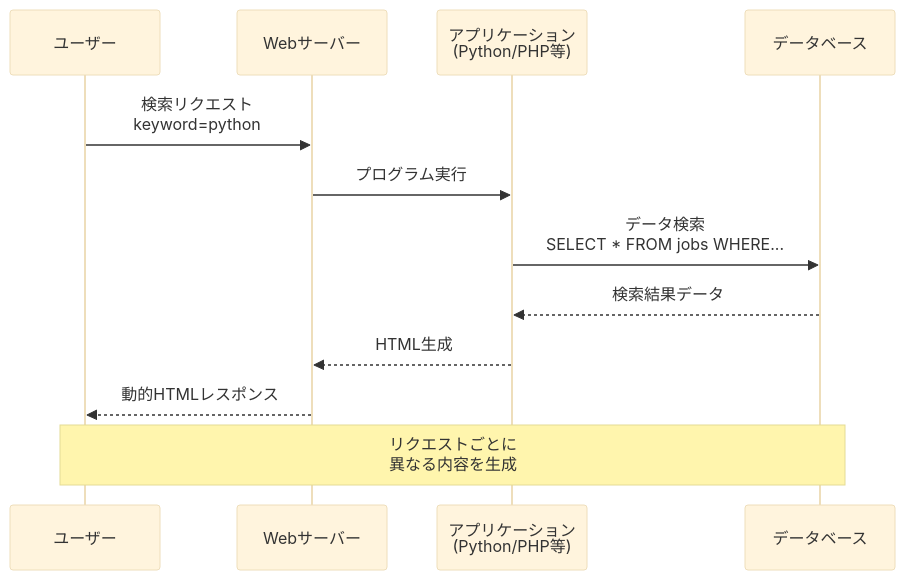
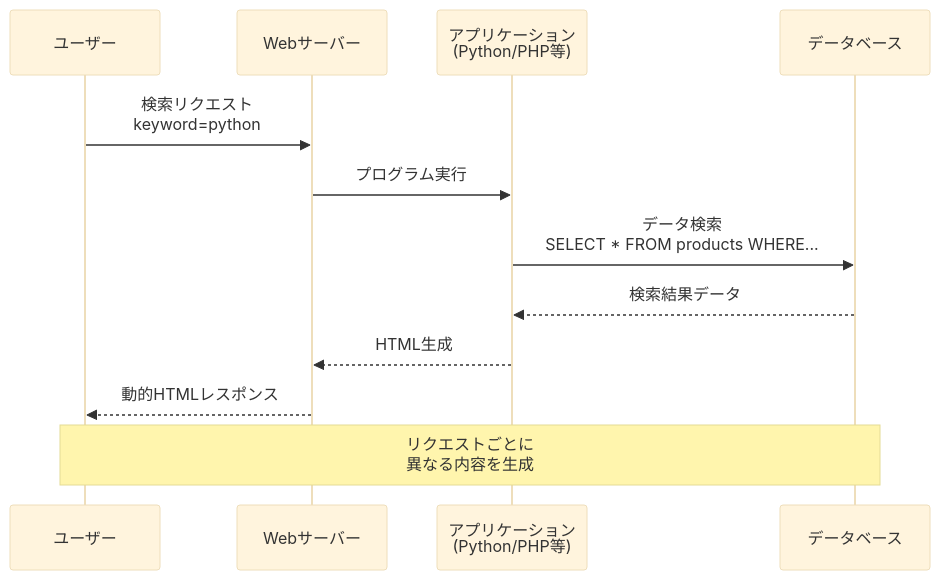
One commit to Monzi-takuya/web-fundamentals-for-non-engineers changed the second of 10 diagrams in docs/02_Web基礎理解/05_推奨_WebサイトとWebアプリケーション.md. Above: the diagram before and after it, drawn with Mermaid (base theme). The commit also changed other lines of this file and 4 other files, not shown here.

````diff
--- a/docs/02_Web基礎理解/05_推奨_WebサイトとWebアプリケーション.md
+++ b/docs/02_Web基礎理解/05_推奨_WebサイトとWebアプリケーション.md
@@ -89,16 +89,16 @@
 ```mermaid
 sequenceDiagram
     participant U as ユーザー
     participant W as Webサーバー
     participant A as アプリケーション<br/>(Python/PHP等)
     participant D as データベース
     
     U->>W: 検索リクエスト<br/>keyword=python
     W->>A: プログラム実行
-    A->>D: データ検索<br/>SELECT * FROM jobs WHERE...
+    A->>D: データ検索<br/>SELECT * FROM products WHERE...
     D-->>A: 検索結果データ
     A-->>W: HTML生成
     W-->>U: 動的HTMLレスポンス
     
     Note over U,D: リクエストごとに<br/>異なる内容を生成
 ```
````
